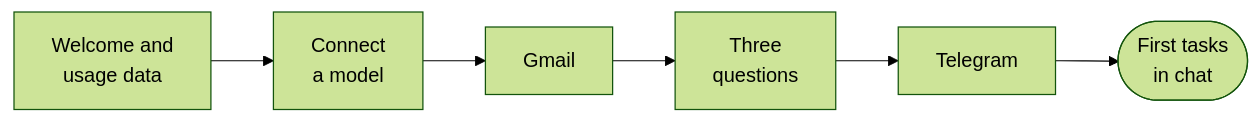
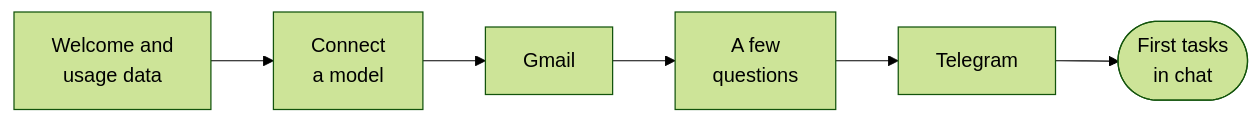
The diagram in docs/src/content/docs/get-started/first-conversation.mdx (KrishBhimani/nod), drawn with Mermaid (forest theme) before and after one commit. The commit also changed other lines of this file and 9 other files, not shown here.

````diff
--- a/docs/src/content/docs/get-started/first-conversation.mdx
+++ b/docs/src/content/docs/get-started/first-conversation.mdx
@@ -16,8 +16,8 @@
 ```mermaid
 flowchart LR
   hi[Welcome and<br/>usage data] --> model[Connect<br/>a model]:::accent
   model --> gmail[Gmail]:::muted
-  gmail --> q[Three<br/>questions]
+  gmail --> q[A few<br/>questions]
   q --> tg[Telegram]:::muted
   tg --> cards([First tasks<br/>in chat]):::go
 ```
````
